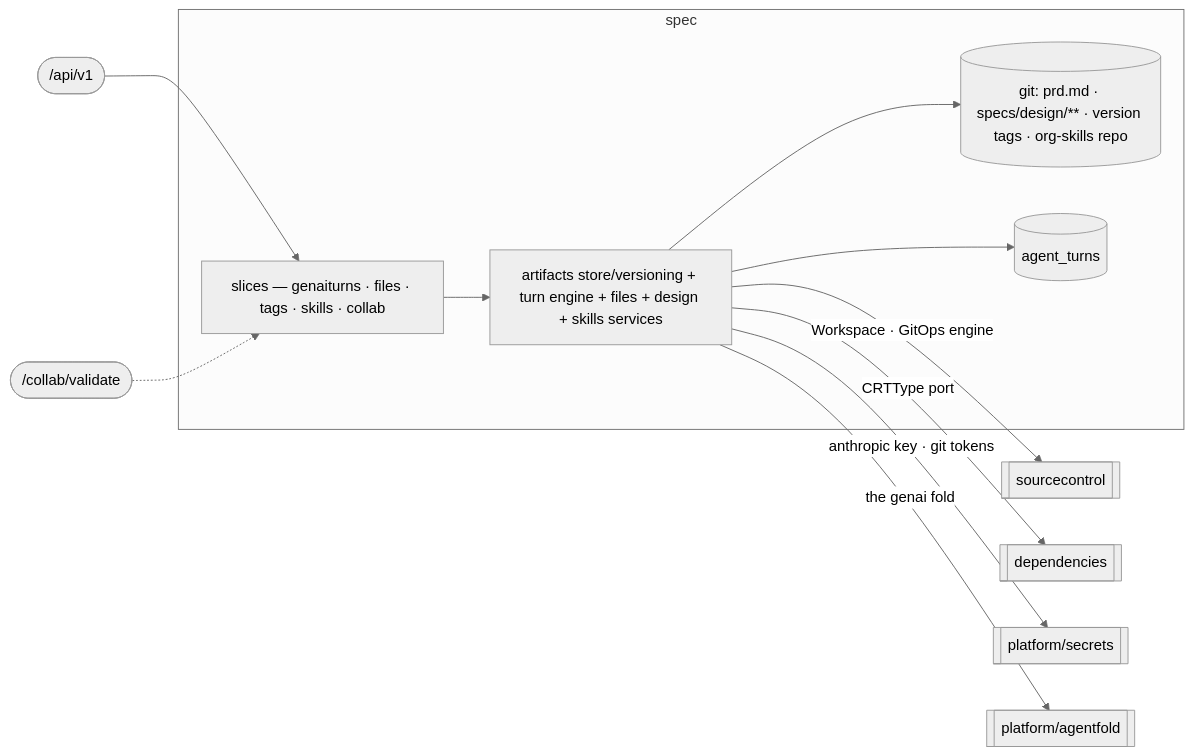
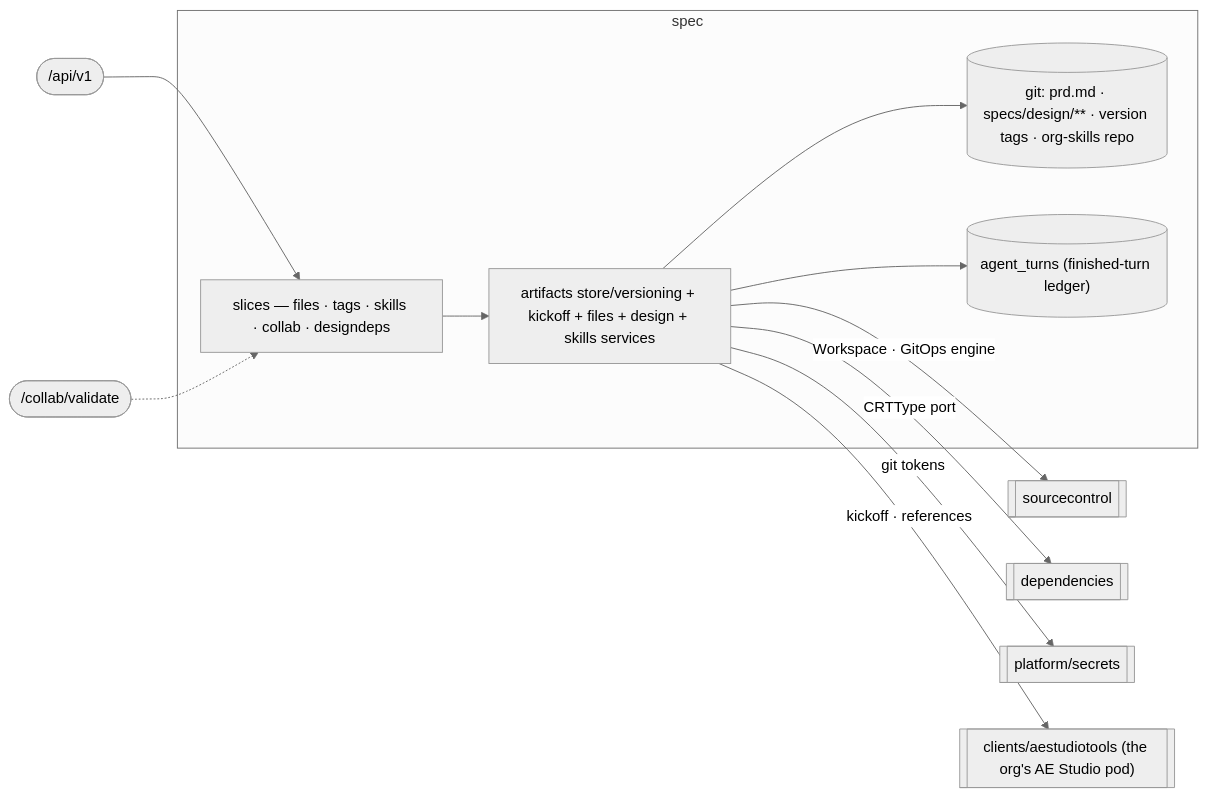
The diagram in services/aep-api/internal/spec/README.md (wso2/labs-agentic-engineer), drawn with Mermaid (neutral theme) before and after one commit. The commit also changed other lines of this file and 111 other files, not shown here.

Commit message:
refactor(aep-api): remove turn orchestration; agent_turns is the finished-turn ledger

````diff
--- a/services/aep-api/internal/spec/README.md
+++ b/services/aep-api/internal/spec/README.md
@@ -9,16 +9,16 @@
 ```mermaid
 flowchart LR
   API(["/api/v1"]) --> SL
   CB(["/collab/validate"]) -.-> SL
   subgraph spec
-    SL["slices — genaiturns · files · tags · skills · collab"]
-    CORE["artifacts store/versioning + turn engine + files + design + skills services"]
+    SL["slices — files · tags · skills · collab · designdeps"]
+    CORE["artifacts store/versioning + kickoff + files + design + skills services"]
     SL --> CORE
     CORE --> GIT[("git: prd.md · specs/design/** · version tags · org-skills repo")]
-    CORE --> TURNS[("agent_turns")]
+    CORE --> TURNS[("agent_turns (finished-turn ledger)")]
   end
   CORE -->|Workspace · GitOps engine| SC[[sourcecontrol]]
   CORE -->|CRTType port| DEP[[dependencies]]
-  CORE -->|anthropic key · git tokens| SEC[[platform/secrets]]
-  CORE -->|the genai fold| FOLD[["platform/agentfold"]]
+  CORE -->|git tokens| SEC[[platform/secrets]]
+  CORE -->|kickoff · references| POD[["clients/aestudiotools (the org's AE Studio pod)"]]
 ```
````
